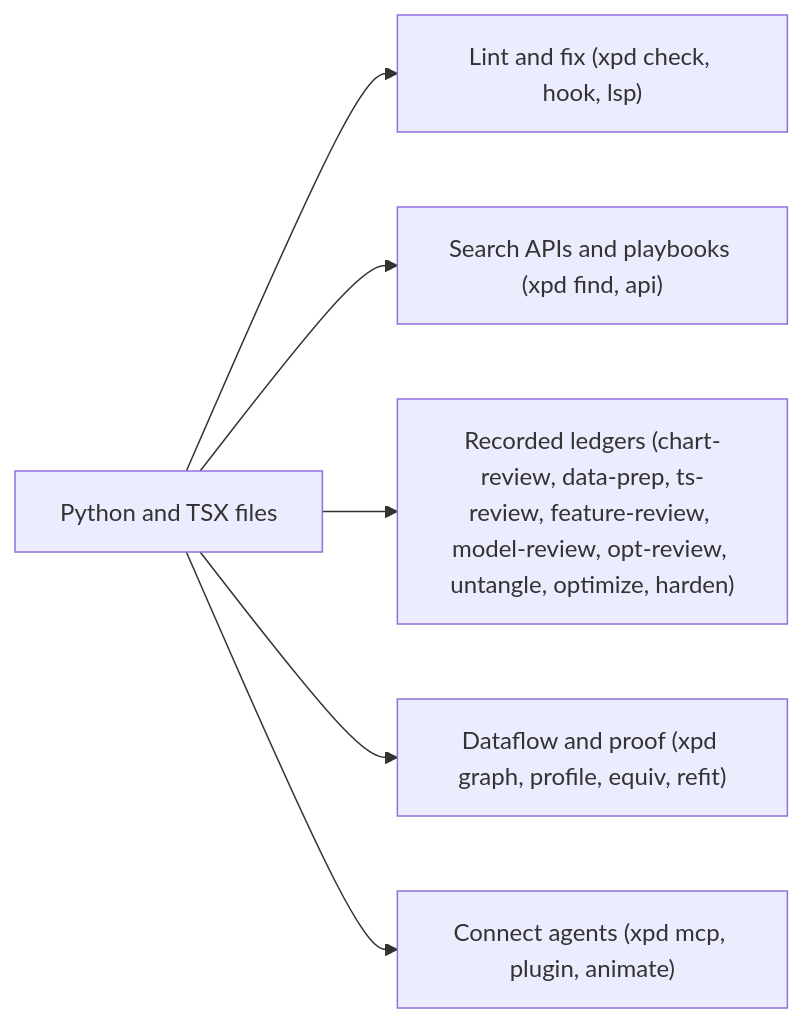
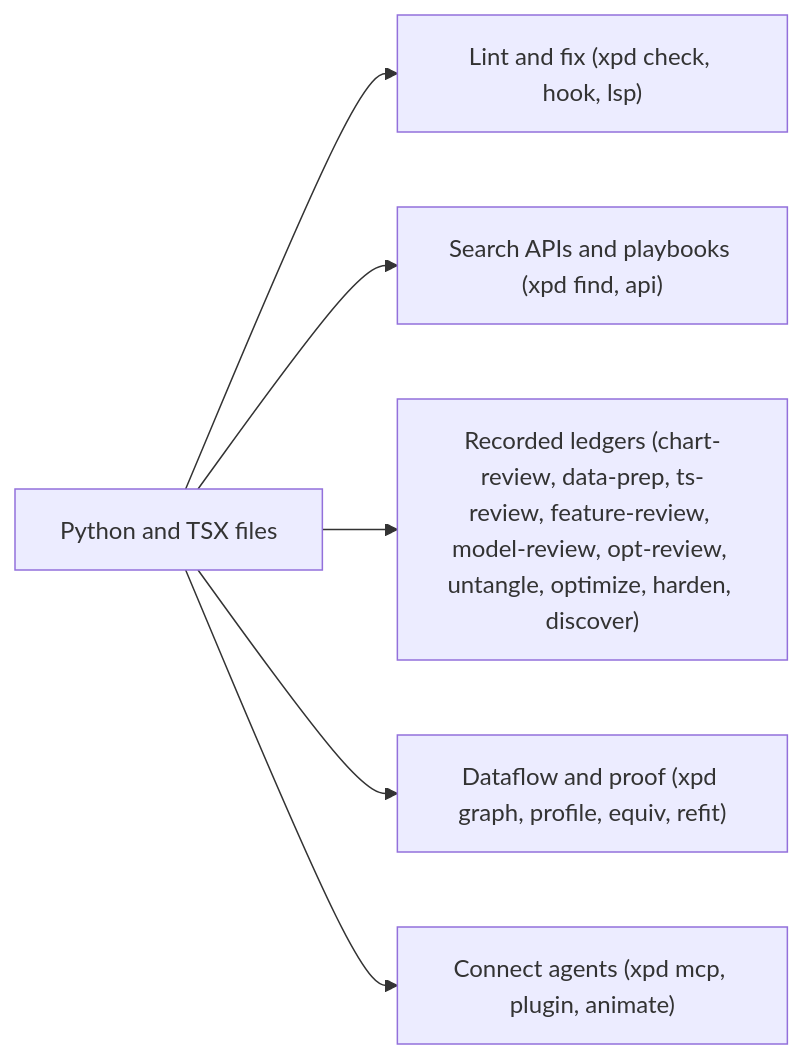
Before and after one commit to bjoernaagaard/xpd: the diagram in README.md, drawn with Mermaid. The commit also changed other lines of this file and 20 other files, not shown here.

First line of the commit message:
Add xpd discover, a recorded ledger for search-friendly code

````diff
--- a/README.md
+++ b/README.md
@@ -7,8 +7,8 @@
 ```mermaid
 flowchart LR
     Code["Python and TSX files"] --> Check["Lint and fix (xpd check, hook, lsp)"]
     Code --> Search["Search APIs and playbooks (xpd find, api)"]
-    Code --> Ledgers["Recorded ledgers (chart-review, data-prep, ts-review, feature-review, model-review, opt-review, untangle, optimize, harden)"]
+    Code --> Ledgers["Recorded ledgers (chart-review, data-prep, ts-review, feature-review, model-review, opt-review, untangle, optimize, harden, discover)"]
     Code --> Verify["Dataflow and proof (xpd graph, profile, equiv, refit)"]
     Code --> Agent["Connect agents (xpd mcp, plugin, animate)"]
 ```
````
